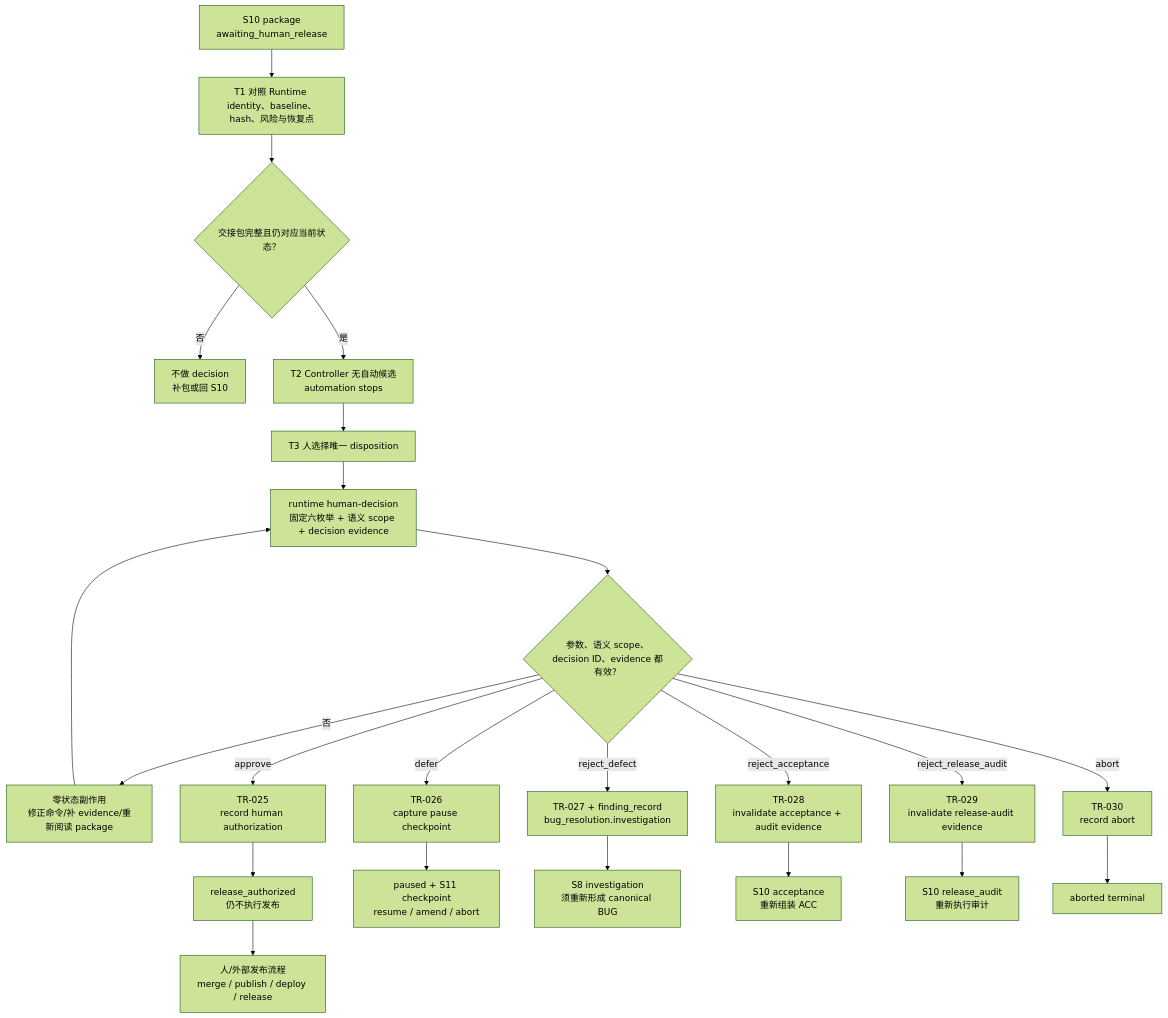
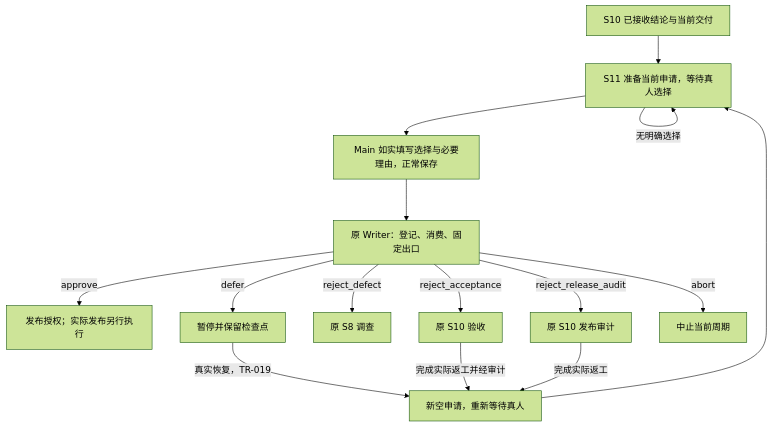
The diagram in blueprint/l3-stages/L3-S11-release-gate.md (Sebs-Lee/go-system-builder), drawn with Mermaid (forest theme) before and after one commit. The commit also changed other lines of this file and 468 other files, not shown here.

````diff
--- a/blueprint/l3-stages/L3-S11-release-gate.md
+++ b/blueprint/l3-stages/L3-S11-release-gate.md
@@ -132,28 +79,17 @@
 ```mermaid
 flowchart TD
-    IN["S10 package<br/>awaiting_human_release"] --> CHECK["T1 对照 Runtime identity、baseline、hash、风险与恢复点"]
-    CHECK --> READY{"交接包完整且仍对应当前状态？"}
-    READY -->|"否"| HOLD["不做 decision<br/>补包或回 S10"]
-    READY -->|"是"| STOP["T2 Controller 无自动候选<br/>automation stops"]
-    STOP --> HUMAN["T3 人选择唯一 disposition"]
-    HUMAN --> CMD["runtime human-decision<br/>固定六枚举 + 语义 scope + decision evidence"]
-    CMD --> VALID{"参数、语义 scope、decision ID、evidence 都有效？"}
-    VALID -->|"否"| RETRY["零状态副作用<br/>修正命令/补 evidence/重新阅读 package"]
-    RETRY --> CMD
-
-    VALID -->|"approve"| AP["TR-025<br/>record human authorization"]
-    VALID -->|"defer"| DEF["TR-026<br/>capture pause checkpoint"]
-    VALID -->|"reject_defect"| DEFECT["TR-027 + finding_record<br/>bug_resolution.investigation"]
-    VALID -->|"reject_acceptance"| ACC["TR-028<br/>invalidate acceptance + audit evidence"]
-    VALID -->|"reject_release_audit"| AUDIT["TR-029<br/>invalidate release-audit evidence"]
-    VALID -->|"abort"| ABORT["TR-030<br/>record abort"]
-
-    AP --> AUTH["release_authorized<br/>仍不执行发布"]
-    DEF --> PAUSE["paused + S11 checkpoint<br/>resume / amend / abort"]
-    DEFECT --> S8["S8 investigation<br/>须重新形成 canonical BUG"]
-    ACC --> S10A["S10 acceptance<br/>重新组装 ACC"]
-    AUDIT --> S10B["S10 release_audit<br/>重新执行审计"]
-    ABORT --> TERMINAL["aborted terminal"]
-
-    AUTH --> EXTERNAL["人/外部发布流程<br/>merge / publish / deploy / release"]
+    INPUT["S10 已接收结论与当前交付"] --> WAIT["S11 准备当前申请，等待真人选择"]
+    WAIT -->|"无明确选择"| WAIT
+    WAIT --> SAVE["Main 如实填写选择与必要理由，正常保存"]
+    SAVE --> WRITE["原 Writer：登记、消费、固定出口"]
+    WRITE -->|"approve"| AUTH["发布授权；实际发布另行执行"]
+    WRITE -->|"defer"| PAUSE["暂停并保留检查点"]
+    WRITE -->|"reject_defect"| S8["原 S8 调查"]
+    WRITE -->|"reject_acceptance"| ACC["原 S10 验收"]
+    WRITE -->|"reject_release_audit"| AUDIT["原 S10 发布审计"]
+    WRITE -->|"abort"| ABORT["中止当前周期"]
+    PAUSE -->|"真实恢复，TR-019"| NEW["新空申请，重新等待真人"]
+    ACC -->|"完成实际返工并经审计"| NEW
+    AUDIT -->|"完成实际返工"| NEW
+    NEW --> WAIT
 ```
````
